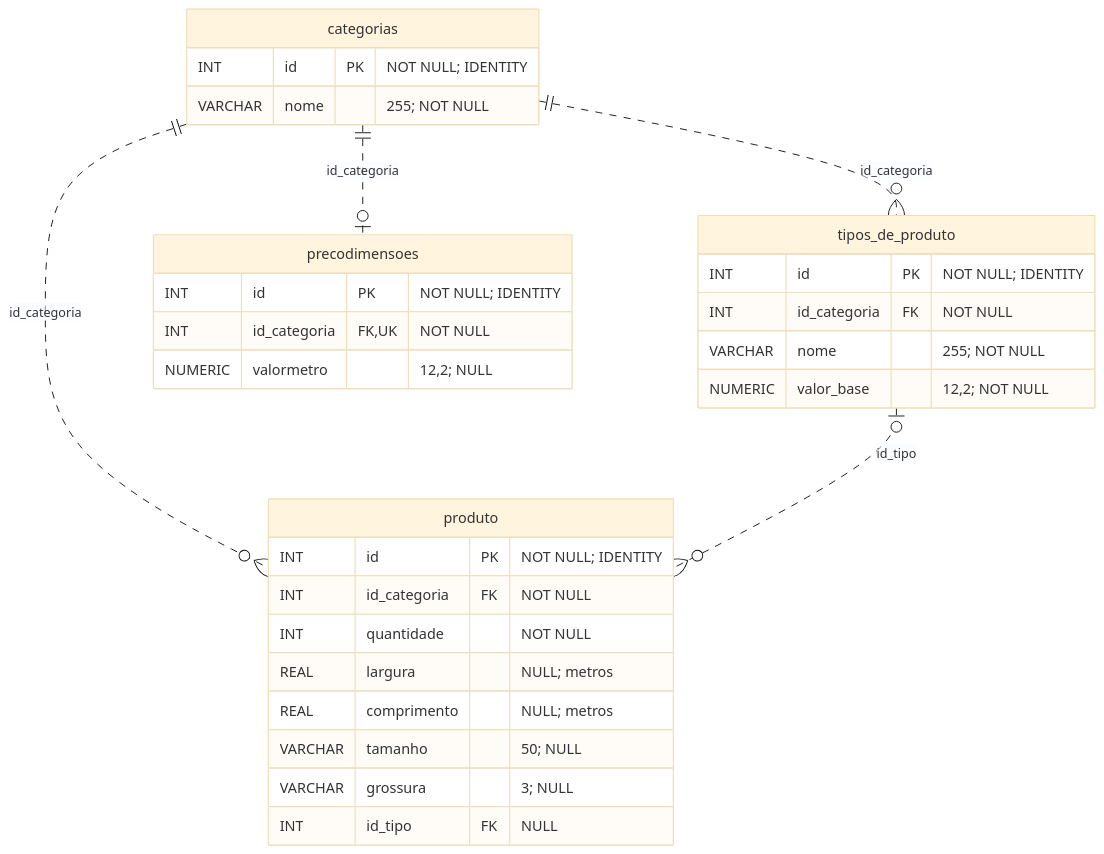
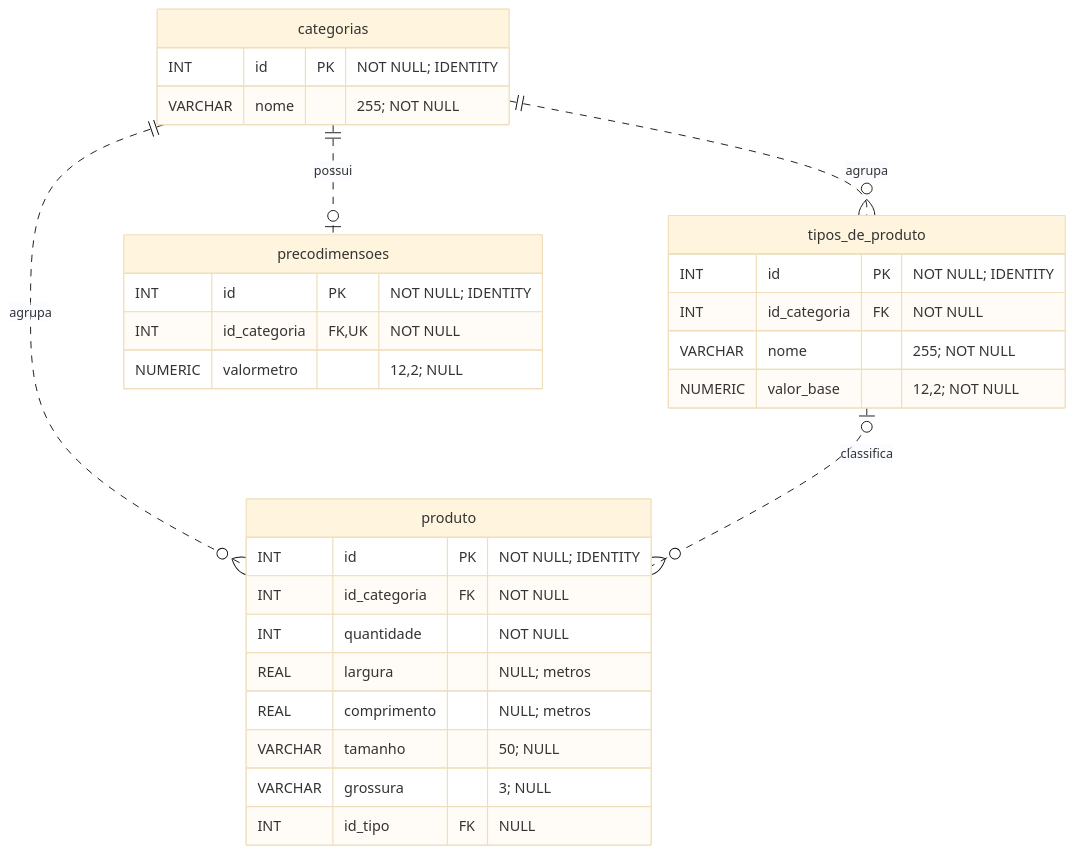
One commit to androidkkn/ProjetoFinal-ArtUP changed the first of 3 diagrams in docs/banco-de-dados.md. Above: the diagram before and after it, drawn with Mermaid (base theme). The commit also changed other lines of this file and 1 other file, not shown here.

````diff
--- a/docs/banco-de-dados.md
+++ b/docs/banco-de-dados.md
@@ -29,33 +28,33 @@
 ```mermaid
 erDiagram
-    categorias ||..o{ tipos_de_produto : "id_categoria"
-    categorias ||..o| precodimensoes : "id_categoria"
-    categorias ||..o{ produto : "id_categoria"
-    tipos_de_produto o|..o{ produto : "id_tipo"
+    categorias ||..o{ tipos_de_produto : "agrupa"
+    categorias ||..o| precodimensoes : "possui"
+    categorias ||..o{ produto : "agrupa"
+    tipos_de_produto o|..o{ produto : "classifica"
 
     categorias {
         INT id PK "NOT NULL; IDENTITY"
         VARCHAR nome "255; NOT NULL"
     }
     tipos_de_produto {
         INT id PK "NOT NULL; IDENTITY"
         INT id_categoria FK "NOT NULL"
         VARCHAR nome "255; NOT NULL"
         NUMERIC valor_base "12,2; NOT NULL"
     }
     precodimensoes {
         INT id PK "NOT NULL; IDENTITY"
         INT id_categoria FK, UK "NOT NULL"
         NUMERIC valormetro "12,2; NULL"
     }
     produto {
         INT id PK "NOT NULL; IDENTITY"
         INT id_categoria FK "NOT NULL"
         INT quantidade "NOT NULL"
         REAL largura "NULL; metros"
         REAL comprimento "NULL; metros"
         VARCHAR tamanho "50; NULL"
         VARCHAR grossura "3; NULL"
         INT id_tipo FK "NULL"
     }
 ```
````
